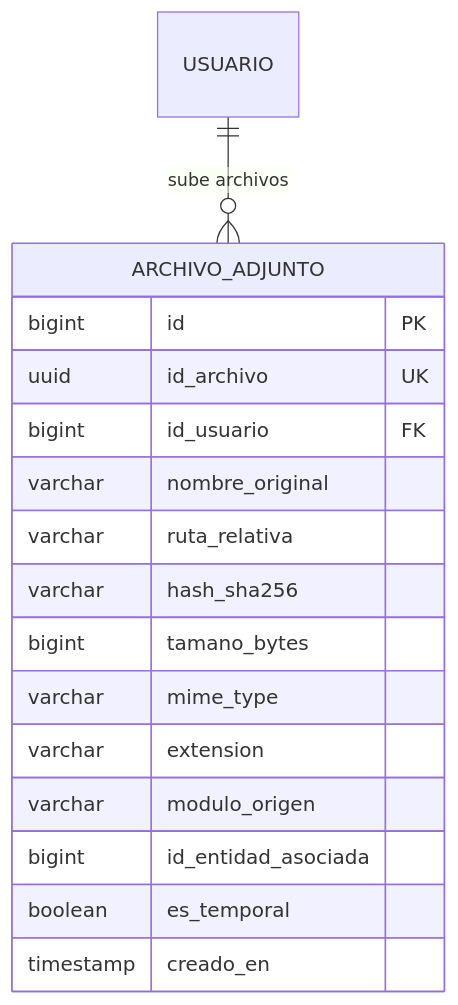
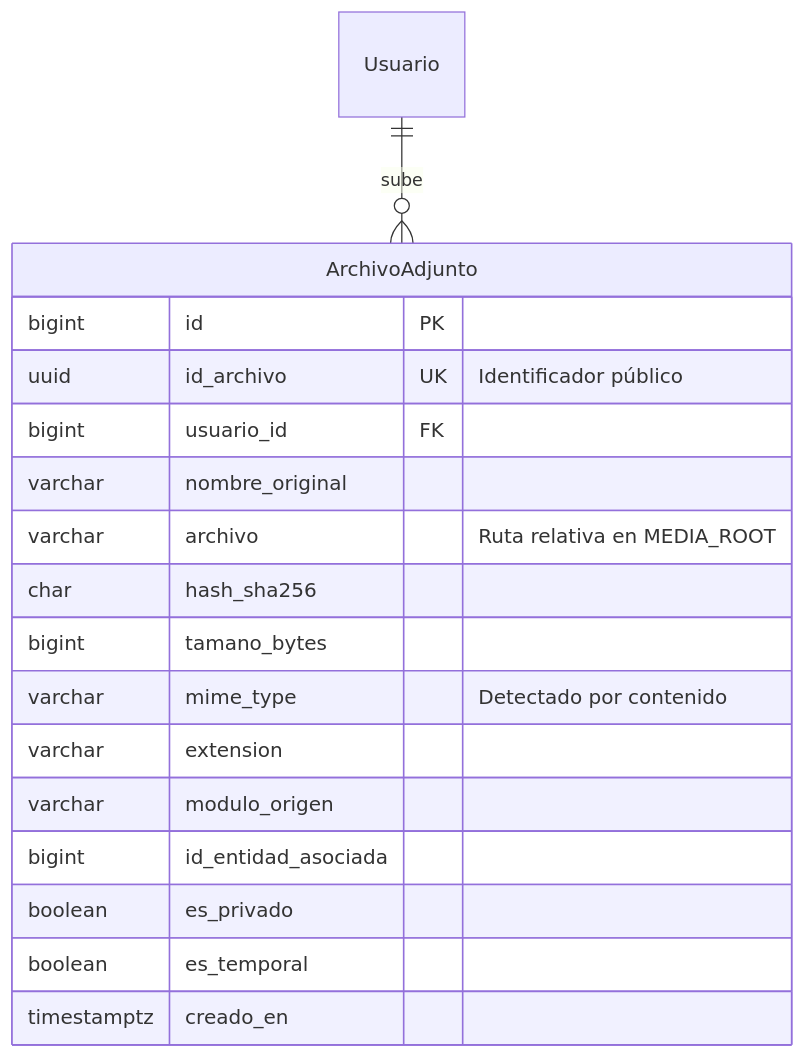
One commit to jnmontoy/sdd changed the diagram in model/archivos/spec_model_archivos_media.md. Above: the diagram before and after it, drawn with Mermaid. The commit also changed other lines of this file and 152 other files, not shown here.

````diff
--- a/model/archivos/spec_model_archivos_media.md
+++ b/model/archivos/spec_model_archivos_media.md
@@ -11,20 +25,21 @@
 ```mermaid
 erDiagram
-    USUARIO ||--o{ ARCHIVO_ADJUNTO : "sube archivos"
+    Usuario ||--o{ ArchivoAdjunto : "sube"
 
-    ARCHIVO_ADJUNTO {
+    ArchivoAdjunto {
         bigint id PK
-        uuid id_archivo UK
-        bigint id_usuario FK
+        uuid id_archivo UK "Identificador público"
+        bigint usuario_id FK
         varchar nombre_original
-        varchar ruta_relativa
-        varchar hash_sha256
+        varchar archivo "Ruta relativa en MEDIA_ROOT"
+        char hash_sha256
         bigint tamano_bytes
-        varchar mime_type
+        varchar mime_type "Detectado por contenido"
         varchar extension
         varchar modulo_origen
         bigint id_entidad_asociada
+        boolean es_privado
         boolean es_temporal
-        timestamp creado_en
+        timestamptz creado_en
     }
 ```
````
